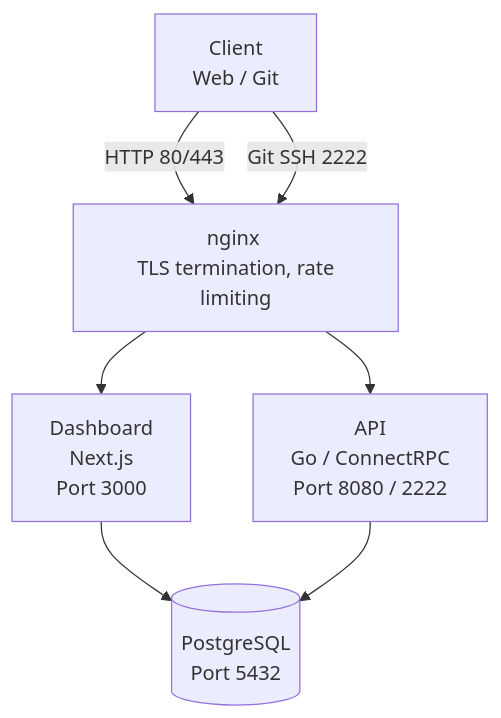
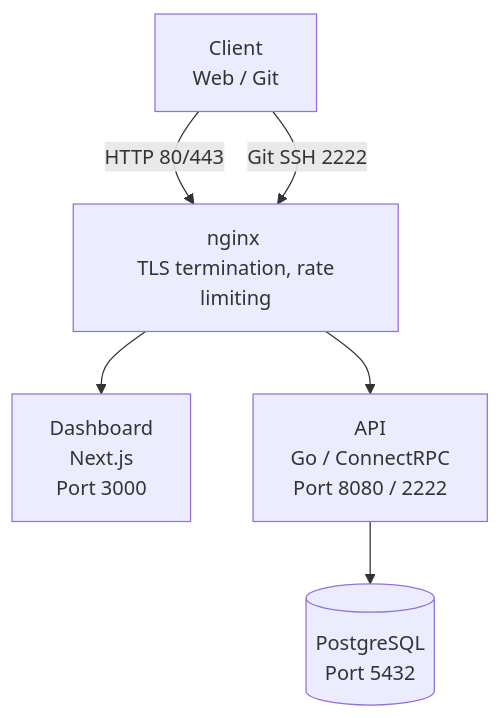
The diagram in README.md (lynicis/hasir), drawn with Mermaid before and after one commit.

Commit message:
docs: update graph on README.md

````diff
--- a/README.md
+++ b/README.md
@@ -38,9 +38,8 @@
 ```mermaid
 graph TD
     Client[Client <br> Web / Git] -->|HTTP 80/443| Nginx[nginx <br> TLS termination, rate limiting]
     Client -->|Git SSH 2222| Nginx
     Nginx --> Dashboard[Dashboard <br> Next.js <br> Port 3000]
     Nginx --> API[API <br> Go / ConnectRPC <br> Port 8080 / 2222]
-    Dashboard --> DB[(PostgreSQL <br> Port 5432)]
-    API --> DB
+    API --> DB[(PostgreSQL <br> Port 5432)]
 ```
````
